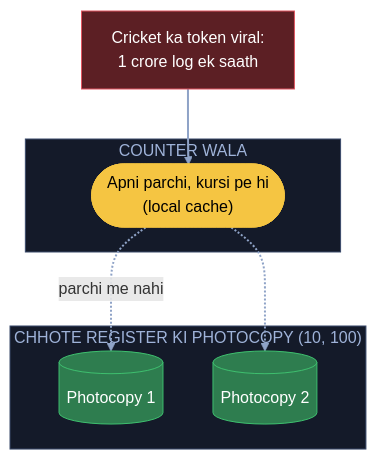
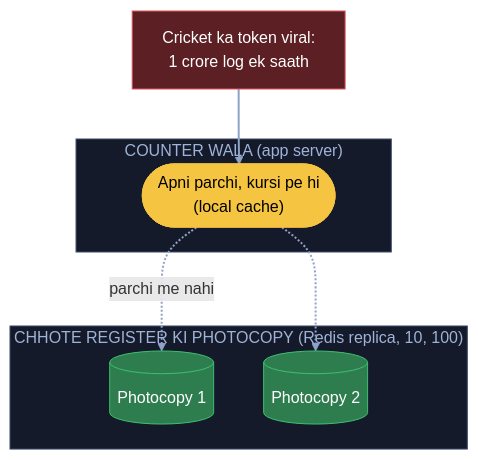
Diagram 11 of 14 in 04_HLD/SYSTEM_DESIGNS/01_url_shortener/01_url_shortener.md (ArpanMaheshwari144/Prep), drawn with Mermaid before and after one commit. The commit also changed other lines of this file and 1 other file, not shown here.

Commit message:
URL main = hand notes + har kadam ka diagram (kahani shabd, bracket me naam); build_main.py se banti

````diff
--- a/04_HLD/SYSTEM_DESIGNS/01_url_shortener/01_url_shortener.md
+++ b/04_HLD/SYSTEM_DESIGNS/01_url_shortener/01_url_shortener.md
@@ -419,21 +389,21 @@
 ```mermaid
 flowchart TB
     U["Cricket ka token viral:<br/>1 crore log ek saath"]:::bad
-    subgraph CW["COUNTER WALA"]
+    subgraph CW["COUNTER WALA (app server)"]
         P(["Apni parchi, kursi pe hi<br/>(local cache)"]):::pill
     end
-    subgraph PC["CHHOTE REGISTER KI PHOTOCOPY (10, 100)"]
+    subgraph PC["CHHOTE REGISTER KI PHOTOCOPY (Redis replica, 10, 100)"]
         R1[("Photocopy 1")]:::good
         R2[("Photocopy 2")]:::good
     end
     U --> P
     P -. "parchi me nahi" .-> R1
     P -.-> R2
     linkStyle default stroke:#8fa3c7,stroke-width:2px
     classDef card fill:#1e2638,stroke:#3a4a6b,color:#e8ecf5
     classDef pill fill:#f5c542,stroke:#f5c542,color:#000
     classDef good fill:#2e7d4f,stroke:#3fbf6f,color:#fff
     classDef bad fill:#5c1f24,stroke:#e05561,color:#fff
     style CW fill:#141a29,stroke:#3a4a6b,color:#9fb3d9
     style PC fill:#141a29,stroke:#3a4a6b,color:#9fb3d9
 ```
````
